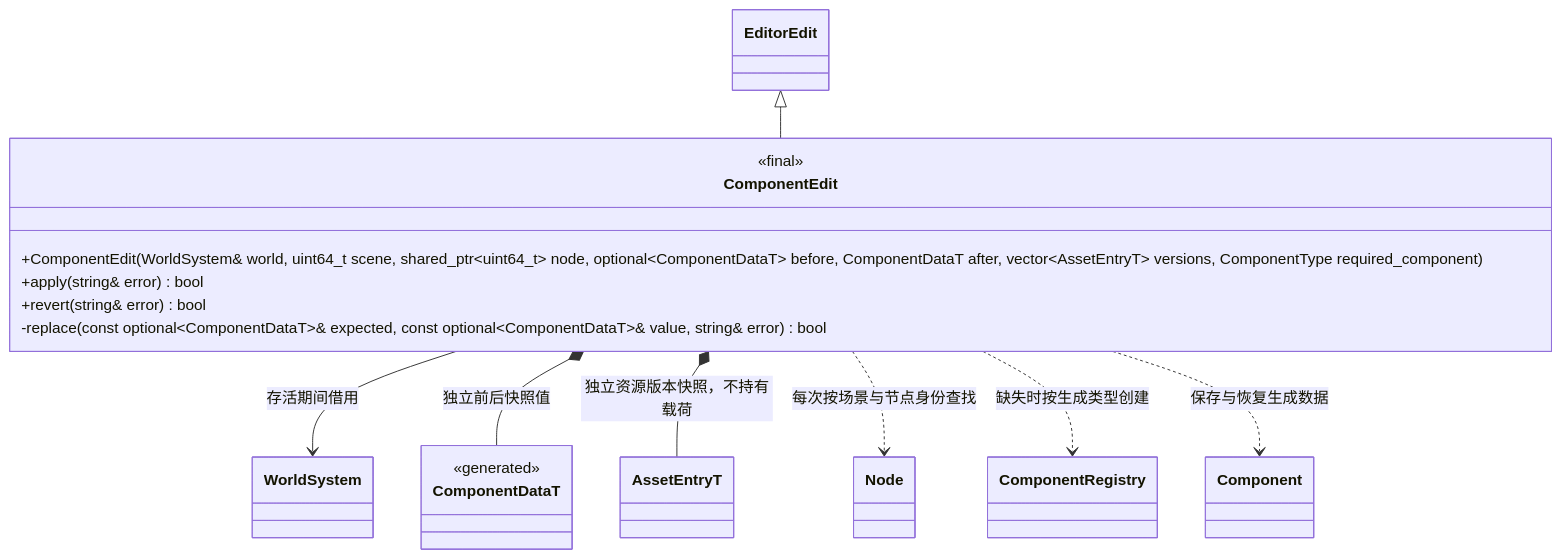
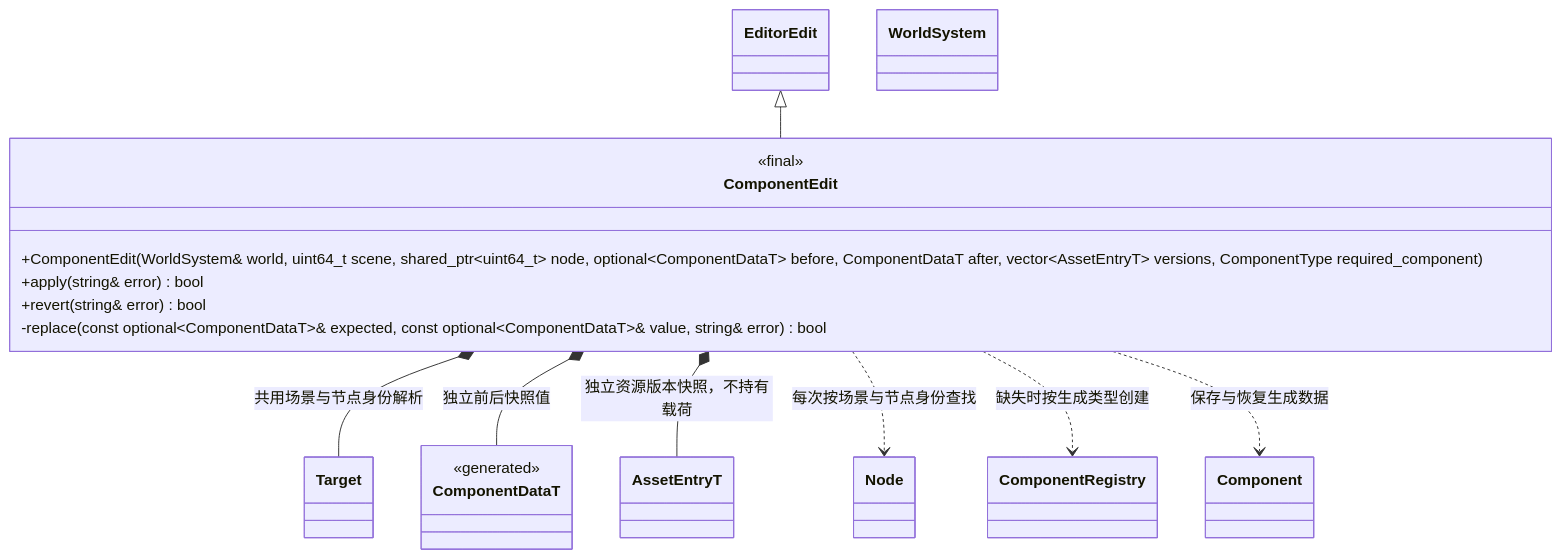
The second of 2 diagrams in docs/editor/class-diagrams/component-commands.md (lcals/Engine), drawn with Mermaid before and after one commit. The commit also changed other lines of this file and 133 other files, not shown here.

Commit message:
Simplify engine implementations under reviewed class diagrams

````diff
--- a/docs/editor/class-diagrams/component-commands.md
+++ b/docs/editor/class-diagrams/component-commands.md
@@ -7,26 +71,27 @@
 ```mermaid
 classDiagram
     class ComponentEdit {
         <<final>>
         +ComponentEdit(WorldSystem& world, uint64_t scene, shared_ptr~uint64_t~ node, optional~ComponentDataT~ before, ComponentDataT after, vector~AssetEntryT~ versions, ComponentType required_component)
         +apply(string& error) bool
         +revert(string& error) bool
         -replace(const optional~ComponentDataT~& expected, const optional~ComponentDataT~& value, string& error) bool
     }
     class EditorEdit
     class WorldSystem
     class Node
     class Component
     class ComponentRegistry
     class AssetEntryT
     class ComponentDataT {
         <<generated>>
     }
     EditorEdit <|-- ComponentEdit
-    ComponentEdit --> WorldSystem : 存活期间借用
+    class Target
+    ComponentEdit *-- Target : 共用场景与节点身份解析
     ComponentEdit *-- ComponentDataT : 独立前后快照值
     ComponentEdit *-- AssetEntryT : 独立资源版本快照，不持有载荷
     ComponentEdit ..> Node : 每次按场景与节点身份查找
     ComponentEdit ..> ComponentRegistry : 缺失时按生成类型创建
     ComponentEdit ..> Component : 保存与恢复生成数据
 ```
````
